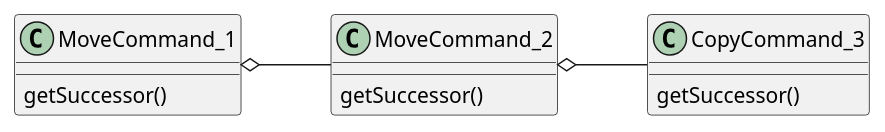
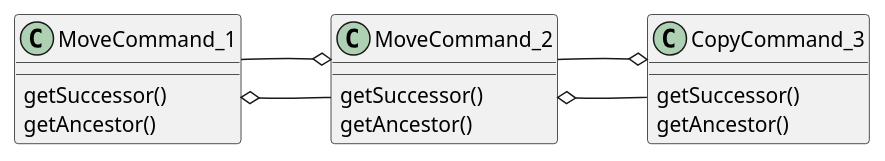
One commit to trustedshops/design-patterns changed the fourth of 4 diagrams in javaDesignPatterns/src/docs/asciidoc/diagrams.adoc. Above: the diagram before and after it, drawn with PlantUML. The commit also changed other lines of this file and 4 other files, not shown here.

```diff
--- a/javaDesignPatterns/src/docs/asciidoc/diagrams.adoc
+++ b/javaDesignPatterns/src/docs/asciidoc/diagrams.adoc
@@ -52,11 +53,16 @@
 [plantuml, diagram-command-classes-aggregation, png]
 ....
 left to right direction
 
 MoveCommand_1 o-- MoveCommand_2
+MoveCommand_2 o-- MoveCommand_1
 MoveCommand_2 o-- CopyCommand_3
+CopyCommand_3 o-- MoveCommand_2
 
 MoveCommand_1 : getSuccessor()
+MoveCommand_1 : getAncestor()
 MoveCommand_2 : getSuccessor()
+MoveCommand_2 : getAncestor()
 CopyCommand_3 : getSuccessor()
+CopyCommand_3 : getAncestor()
 ....
```
